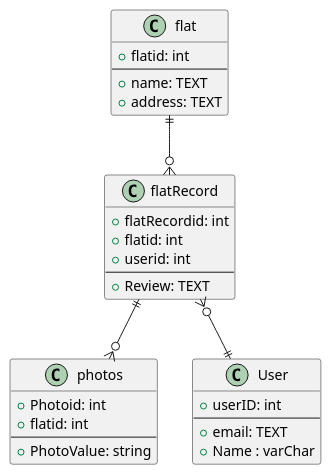
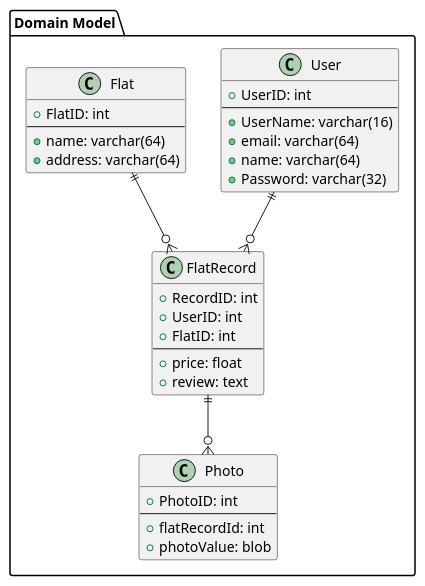
One commit to oliverbisleyUni/OtagoFlatHub changed the diagram in DataBaseDiagram.puml. Above: the diagram before and after it, drawn with PlantUML. The commit also changed 2 other files, not shown here.

Commit message:
added some puml diagrams for DB_ERD and MVC and some links in the readme

```diff
--- a/DataBaseDiagram.puml
+++ b/DataBaseDiagram.puml
@@ -1,37 +1,41 @@
 @startuml
 
-class flat {
-    + flatid: int
-    ---
-    + name: TEXT
-    + address: TEXT
+package "Domain Model" {
+    class User {
+        + UserID: int
+        ---
+        + UserName: varchar(16)
+        + email: varchar(64)
+        + name: varchar(64)
+        + Password: varchar(32)
+    }
+
+    class Flat {
+        + FlatID: int
+        ---
+        + name: varchar(64)
+        + address: varchar(64)
+    }
+
+    class FlatRecord {
+        + RecordID: int
+        + UserID: int
+        + FlatID: int
+        ---
+        + price: float
+        + review: text
+    }
+
+    class Photo {
+        + PhotoID: int
+        ---
+        + flatRecordId: int
+        + photoValue: blob 
+    }
+
+    User ||--o{ FlatRecord
+    Flat ||--o{ FlatRecord
+    FlatRecord ||--o{ Photo
 }
 
-class flatRecord {
-    + flatRecordid: int
-    + flatid: int
-    + userid: int
-    ---
-    + Review: TEXT
-}
-
-class photos {
-    + Photoid: int
-    +flatid: int
-    ---
-    + PhotoValue: string
-}
-
-class User {
-    +userID: int
-    ---
-    + email: TEXT
-    + Name : varChar
-}
-
-flat ||--o{ flatRecord
-flatRecord ||--o{ photos
-
-flatRecord }o--|| User
-
 @enduml
```
